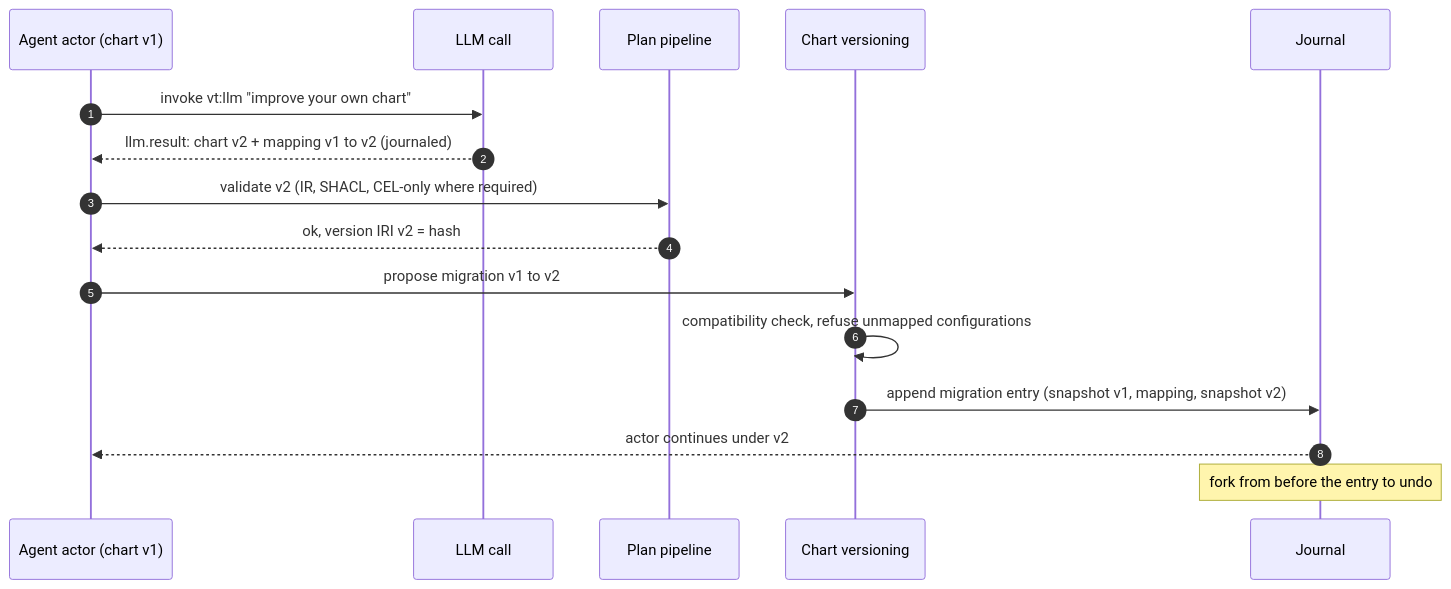
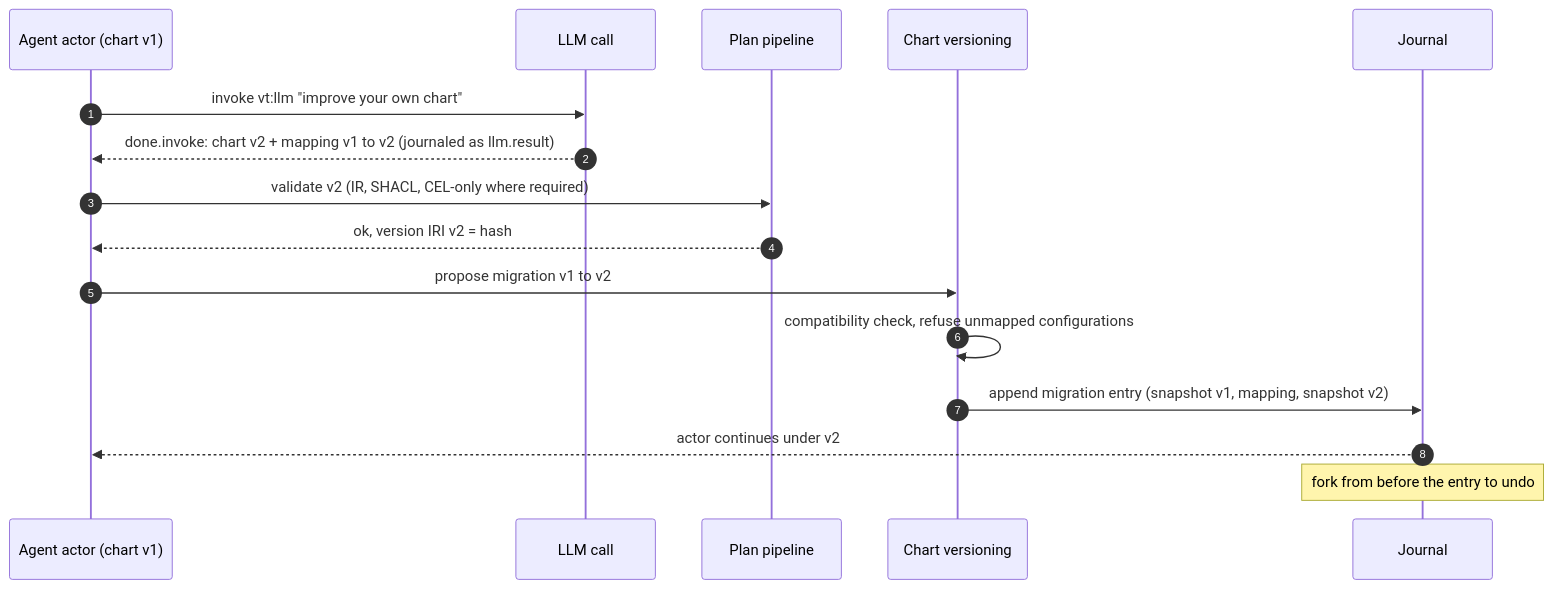
The ninth of 11 diagrams in tg.md/views/agents.md (Volland/vertep), drawn with Mermaid before and after one commit. The commit also changed other lines of this file and 9 other files, not shown here.

First line of the commit message:
Bring the architecture views in line with the code

````diff
--- a/tg.md/views/agents.md
+++ b/tg.md/views/agents.md
@@ -482,18 +515,18 @@
 ```mermaid
 sequenceDiagram
     autonumber
     participant A as Agent actor (chart v1)
     participant L as LLM call
     participant V as Plan pipeline
     participant CV as Chart versioning
     participant J as Journal
     A->>L: invoke vt:llm "improve your own chart"
-    L-->>A: llm.result: chart v2 + mapping v1 to v2 (journaled)
+    L-->>A: done.invoke: chart v2 + mapping v1 to v2 (journaled as llm.result)
     A->>V: validate v2 (IR, SHACL, CEL-only where required)
     V-->>A: ok, version IRI v2 = hash
     A->>CV: propose migration v1 to v2
     CV->>CV: compatibility check, refuse unmapped configurations
     CV->>J: append migration entry (snapshot v1, mapping, snapshot v2)
     J-->>A: actor continues under v2
     Note over J: fork from before the entry to undo
 ```
````
